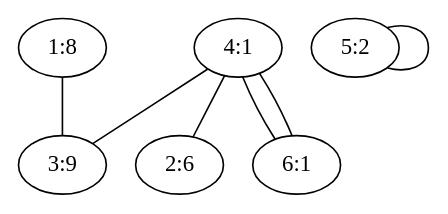
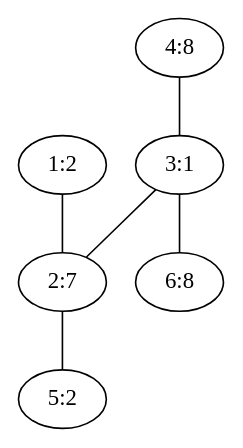
Before and after one commit to tamura2004/atcoder: the diagram in src/main.dot, drawn with Graphviz. The commit also changed 11 other files, not shown here.

```diff
--- a/src/main.dot
+++ b/src/main.dot
@@ -1,8 +1,7 @@
 graph sample {
-  "1:8" -- "3:9";
-  "4:1" -- "2:6";
-  "4:1" -- "3:9";
-  "4:1" -- "6:1";
-  "4:1" -- "6:1";
-  "5:2" -- "5:2";
+  "1:2" -- "2:7";
+  "3:1" -- "6:8";
+  "3:1" -- "2:7";
+  "4:8" -- "3:1";
+  "2:7" -- "5:2";
 }
```
